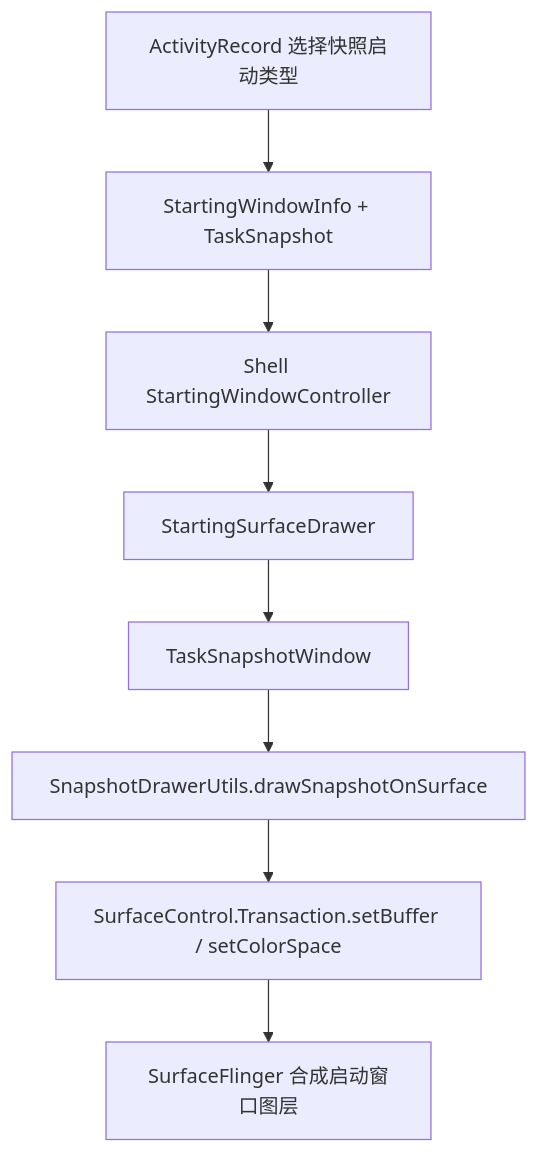
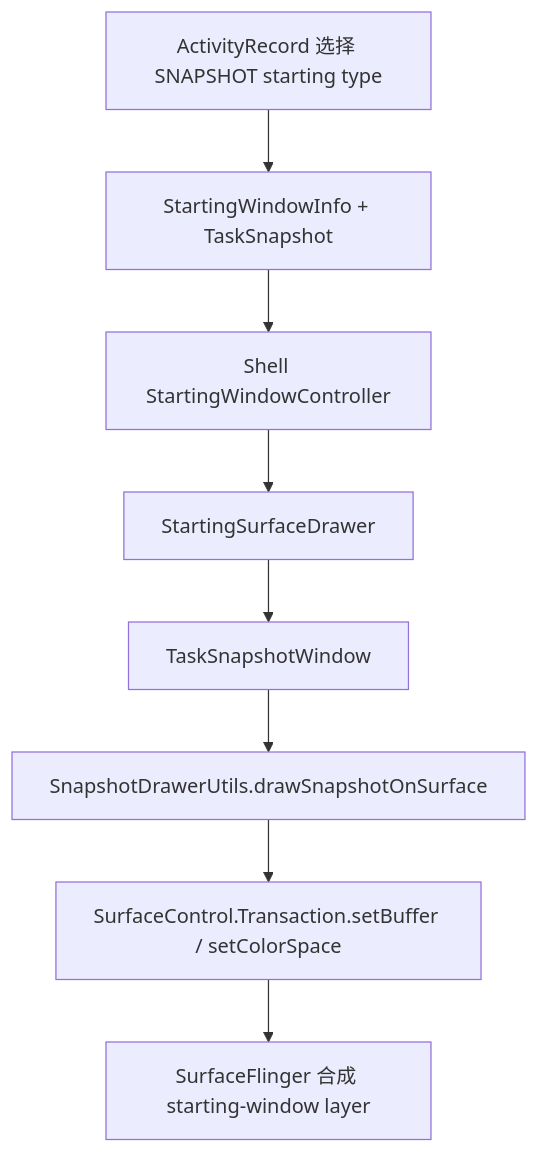
Before and after one commit to Gracker/android-internals-wiki: the second of 2 diagrams in src/part1-fundamentals/ch02-rendering/29-tasksnapshot-recents-rendering.md, drawn with Mermaid. The commit also changed other lines of this file and 4 other files, not shown here.

````diff
--- a/src/part1-fundamentals/ch02-rendering/29-tasksnapshot-recents-rendering.md
+++ b/src/part1-fundamentals/ch02-rendering/29-tasksnapshot-recents-rendering.md
@@ -358,10 +358,10 @@
 ```mermaid
 flowchart TD
-    A["ActivityRecord 选择快照启动类型"] --> B["StartingWindowInfo + TaskSnapshot"]
+    A["ActivityRecord 选择 SNAPSHOT starting type"] --> B["StartingWindowInfo + TaskSnapshot"]
     B --> C["Shell StartingWindowController"]
     C --> D["StartingSurfaceDrawer"]
     D --> E["TaskSnapshotWindow"]
     E --> F["SnapshotDrawerUtils.drawSnapshotOnSurface"]
     F --> G["SurfaceControl.Transaction.setBuffer / setColorSpace"]
-    G --> H["SurfaceFlinger 合成启动窗口图层"]
+    G --> H["SurfaceFlinger 合成 starting-window layer"]
 ```
````
